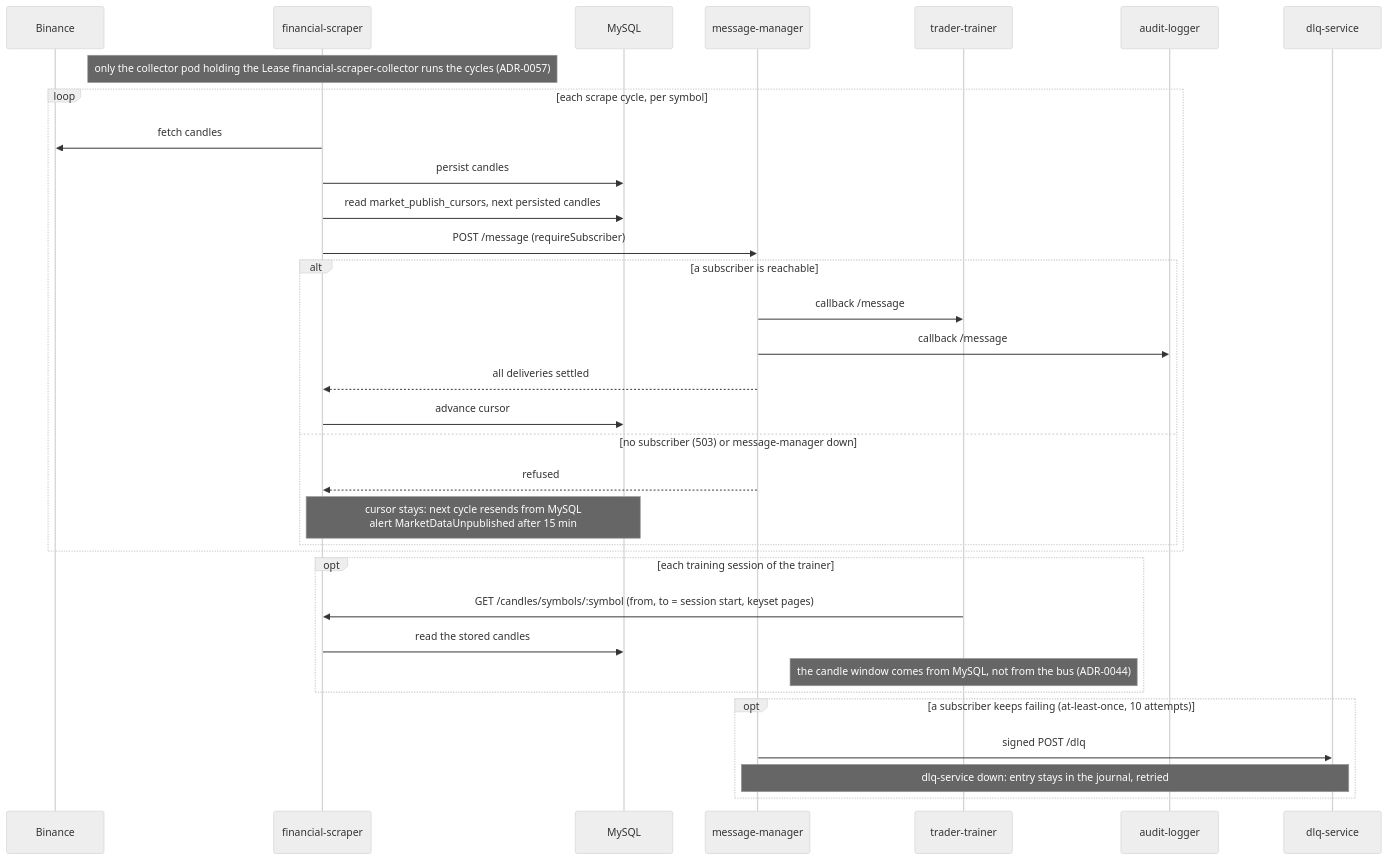
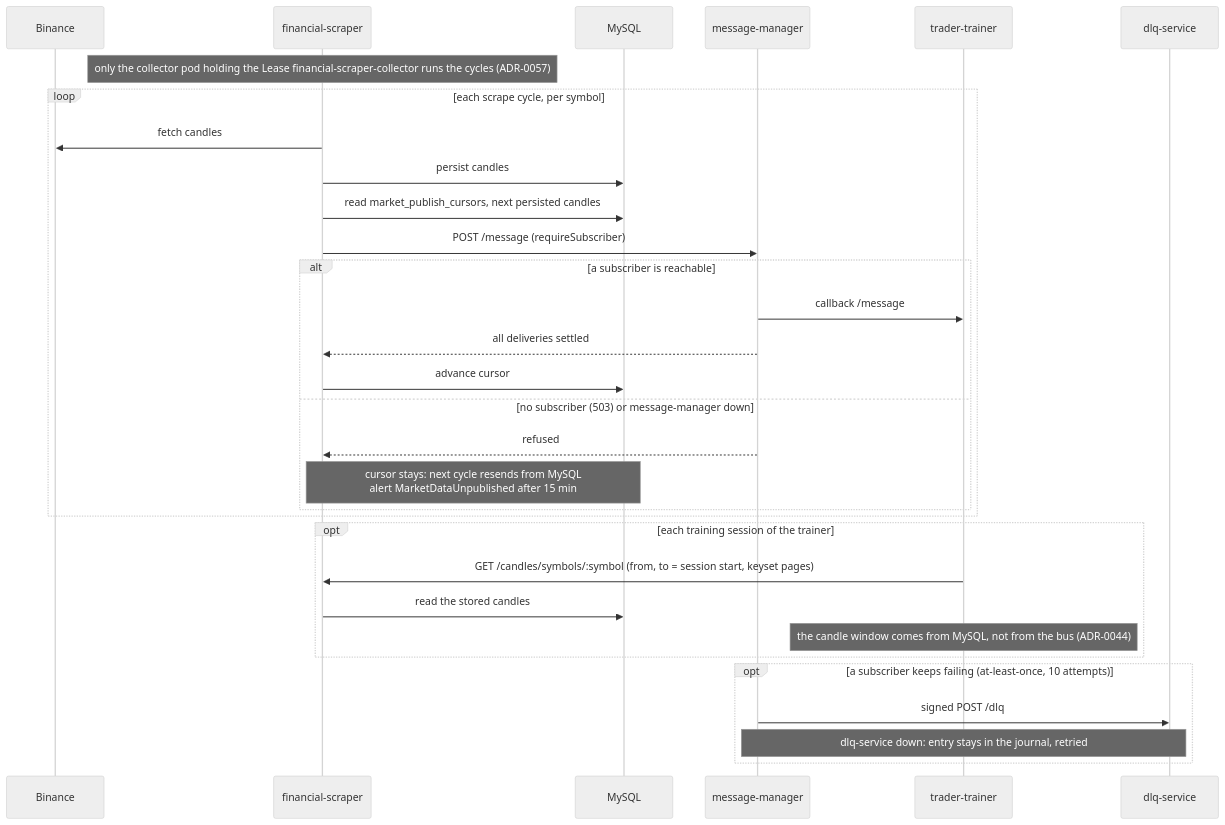
The fourth of 4 diagrams in docs/architecture/system-overview.md (docteur-turboss/trading-model), drawn with Mermaid (neutral theme) before and after one commit. The commit also changed 1 other file, not shown here.

Commit message:
:memo:(docs): fix the stale broker storage and audit-logger subscriptions in the architecture docs (#1207)

````diff
--- a/docs/architecture/system-overview.md
+++ b/docs/architecture/system-overview.md
@@ -107,35 +107,33 @@
 ```mermaid
 sequenceDiagram
   participant B as Binance
   participant FS as financial-scraper
   participant DB as MySQL
   participant MM as message-manager
   participant TT as trader-trainer
-  participant AL as audit-logger
   participant DLQ as dlq-service
   Note over FS: only the collector pod holding the Lease financial-scraper-collector runs the cycles (ADR-0057)
   loop each scrape cycle, per symbol
     FS->>B: fetch candles
     FS->>DB: persist candles
     FS->>DB: read market_publish_cursors, next persisted candles
     FS->>MM: POST /message (requireSubscriber)
     alt a subscriber is reachable
       MM->>TT: callback /message
-      MM->>AL: callback /message
       MM-->>FS: all deliveries settled
       FS->>DB: advance cursor
     else no subscriber (503) or message-manager down
       MM-->>FS: refused
       Note over FS,DB: cursor stays: next cycle resends from MySQL<br/>alert MarketDataUnpublished after 15 min
     end
   end
   opt each training session of the trainer
     TT->>FS: GET /candles/symbols/:symbol (from, to = session start, keyset pages)
     FS->>DB: read the stored candles
     Note over TT: the candle window comes from MySQL, not from the bus (ADR-0044)
   end
   opt a subscriber keeps failing (at-least-once, 10 attempts)
     MM->>DLQ: signed POST /dlq
     Note over MM,DLQ: dlq-service down: entry stays in the journal, retried
   end
 ```
````
